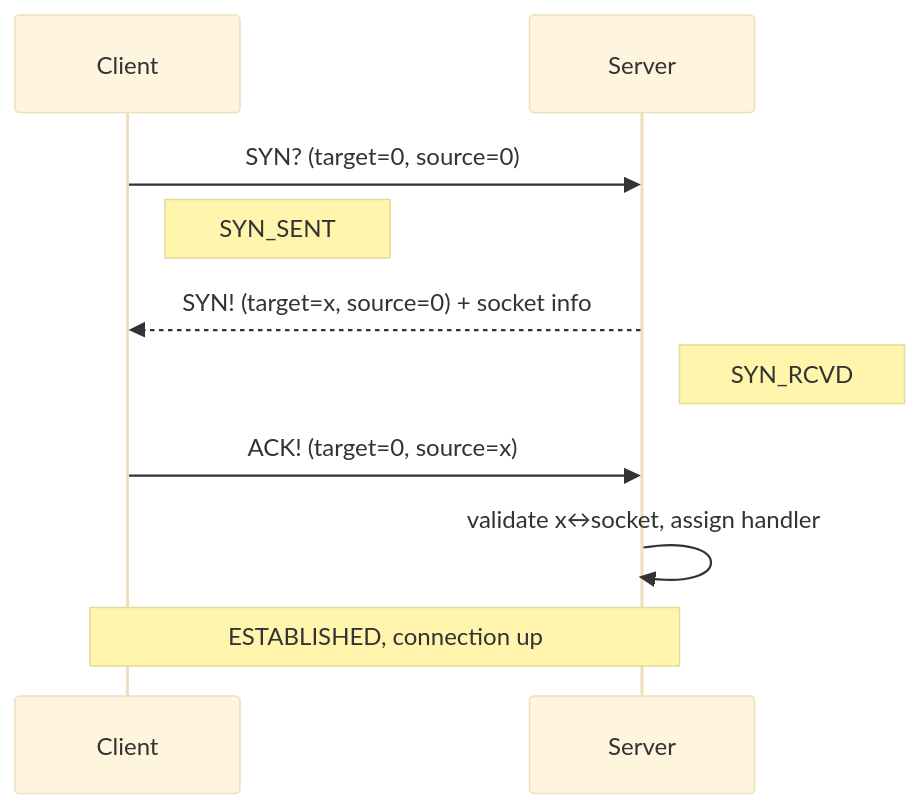
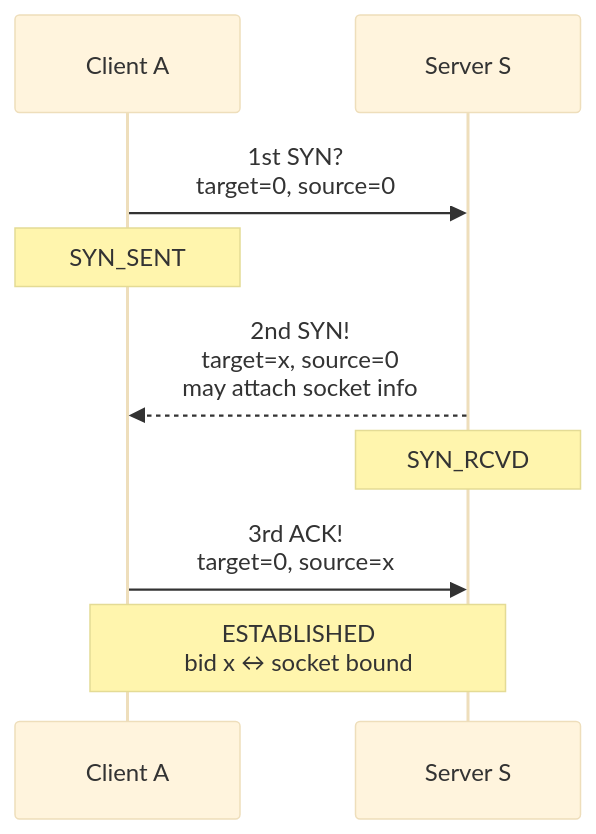
Before and after one commit to moky/magpie-bridge: the second of 7 diagrams in docs/design-workflow.md, drawn with Mermaid (base theme). The commit also changed other lines of this file and 5 other files, not shown here.

Commit message:
docs: regenerate from ai/ tasks with mermaid diagrams

````diff
--- a/docs/design-workflow.md
+++ b/docs/design-workflow.md
@@ -11,12 +39,11 @@
 ```mermaid
 sequenceDiagram
-    participant C as Client
-    participant S as Server
-    C->>S: SYN? (target=0, source=0)
-    Note right of C: SYN_SENT
-    S-->>C: SYN! (target=x, source=0) + socket info
-    Note right of S: SYN_RCVD
-    C->>S: ACK! (target=0, source=x)
-    S->>S: validate x↔socket, assign handler
-    Note over C,S: ESTABLISHED, connection up
+    participant A as Client A
+    participant S as Server S
+    A->>S: 1st SYN?<br/>target=0, source=0
+    Note over A: SYN_SENT
+    S-->>A: 2nd SYN!<br/>target=x, source=0<br/>may attach socket info
+    Note over S: SYN_RCVD
+    A->>S: 3rd ACK!<br/>target=0, source=x
+    Note over A,S: ESTABLISHED<br/>bid x ↔ socket bound
 ```
````
